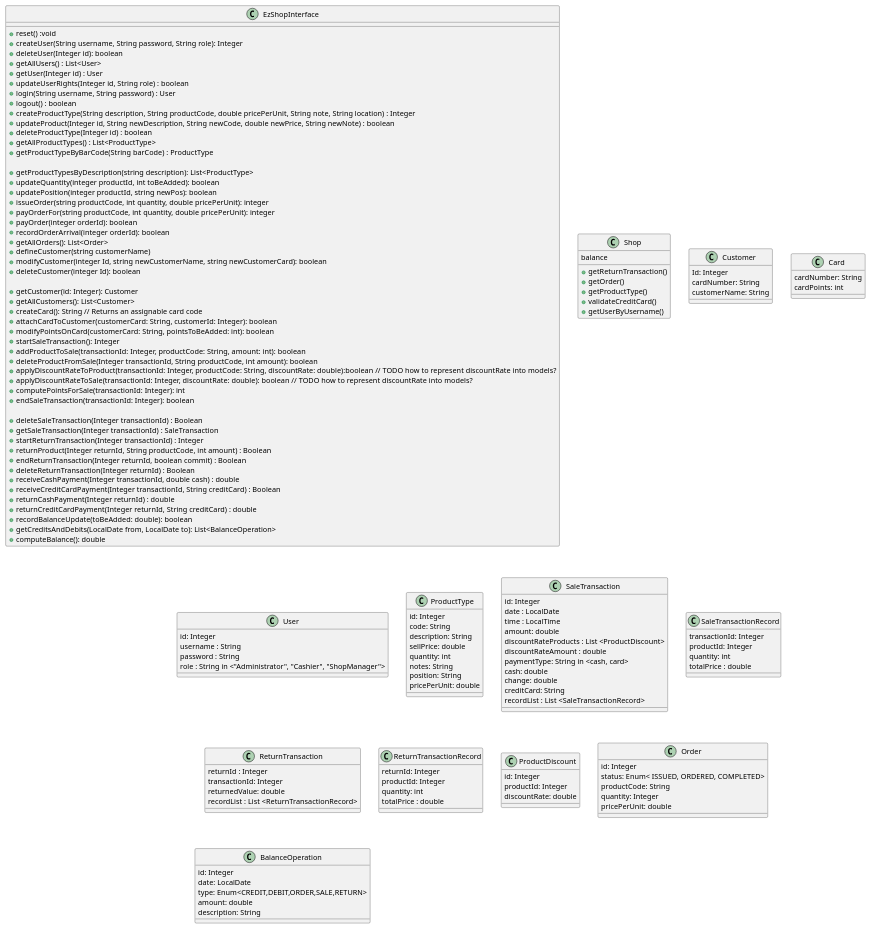
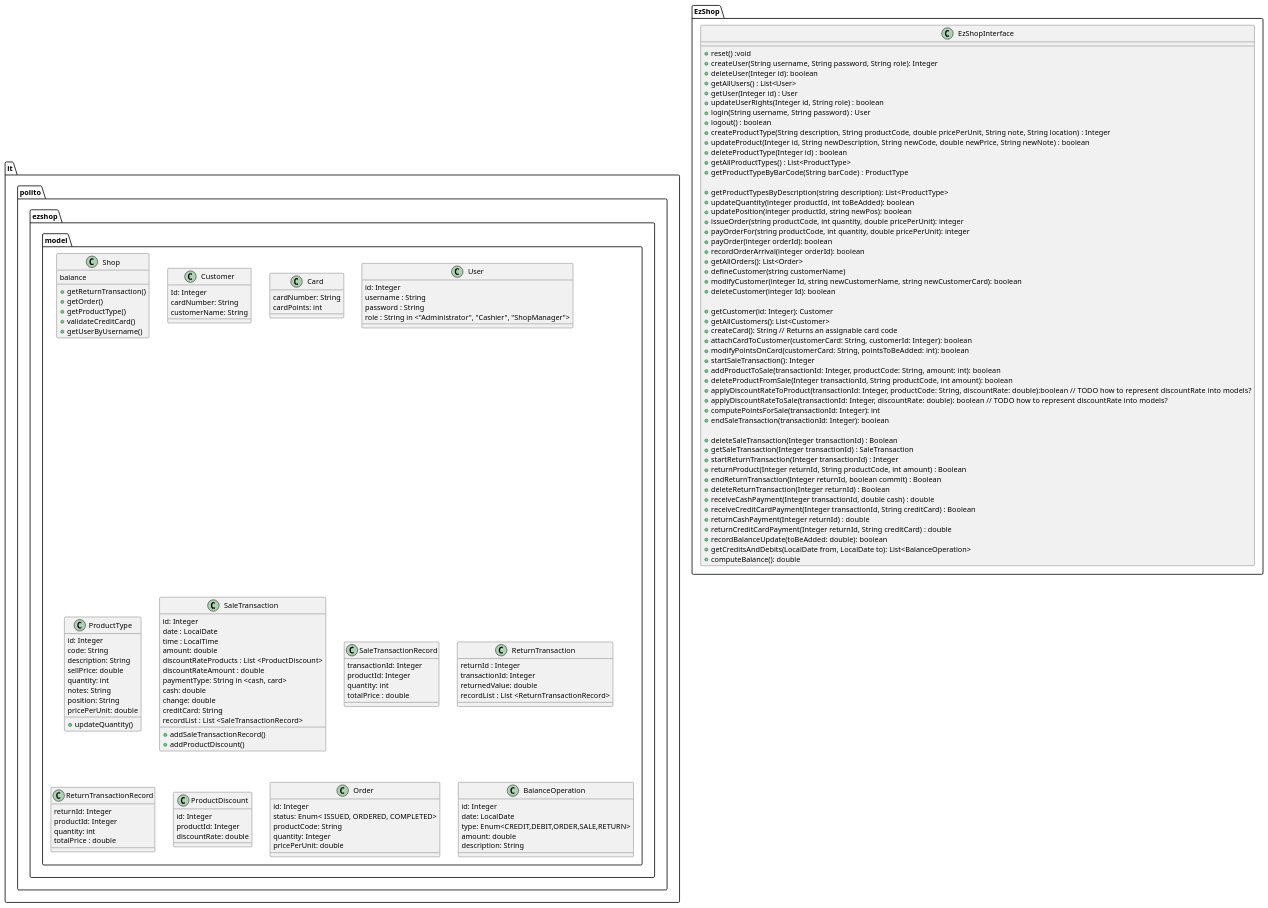
The second of 28 diagrams in Deliverables/DesignDocument.md (paocela/EzShop), drawn with PlantUML before and after one commit. The commit also changed other lines of this file, not shown here.

Commit message:
Update low level design

````diff
--- a/Deliverables/DesignDocument.md
+++ b/Deliverables/DesignDocument.md
@@ -78,6 +78,7 @@
 ```plantuml
 
-class EzShopInterface {
+package EzShop {
+    class EzShopInterface {
     + reset() :void
     + createUser(String username, String password, String role): Integer
     + deleteUser(Integer id): boolean
@@ -131,102 +132,111 @@
     + getCreditsAndDebits(LocalDate from, LocalDate to): List<BalanceOperation>
     + computeBalance(): double
 
+    }
 }
 
-class Shop {
-    balance
+package it.polito.ezshop.model {
+    class Shop {
+        balance
 
-    + getReturnTransaction()
-    + getOrder()
-    + getProductType()
-    + validateCreditCard()
-    + getUserByUsername()
+        + getReturnTransaction()
+        + getOrder()
+        + getProductType()
+        + validateCreditCard()
+        + getUserByUsername()
 
+    }
+
+    class Customer {
+        Id: Integer
+        cardNumber: String
+        customerName: String
+    }
+    class Card {
+        cardNumber: String
+        cardPoints: int
+
+    }
+    class User {
+        id: Integer
+        username : String   
+        password : String
+        role : String in <"Administrator", "Cashier", "ShopManager">
+
+    }
+    class ProductType {
+        id: Integer
+        code: String
+        description: String
+        sellPrice: double
+        quantity: int
+        notes: String
+        position: String
+        pricePerUnit: double
+        + updateQuantity()
+
+
+    }
+    class SaleTransaction {
+        id: Integer
+        date : LocalDate
+        time : LocalTime
+        amount: double
+        discountRateProducts : List <ProductDiscount>
+        discountRateAmount : double
+        paymentType: String in <cash, card>
+        cash: double
+        change: double
+        creditCard: String
+        recordList : List <SaleTransactionRecord>
+        + addSaleTransactionRecord()
+        + addProductDiscount()
+
+    }
+    class SaleTransactionRecord {
+        transactionId: Integer
+        productId: Integer
+        quantity: int
+        totalPrice : double
+
+    }
+    class ReturnTransaction {
+        returnId : Integer
+        transactionId: Integer
+        returnedValue: double
+        recordList : List <ReturnTransactionRecord>
+
+    }
+    class ReturnTransactionRecord {
+        returnId: Integer
+        productId: Integer
+        quantity: int
+        totalPrice : double
+
+    }
+    class ProductDiscount {
+        id: Integer
+        productId: Integer
+        discountRate: double
+
+    }
+    class Order {
+        id: Integer
+        status: Enum< ISSUED, ORDERED, COMPLETED>
+        productCode: String
+        quantity: Integer
+        pricePerUnit: double
+
+    }
+    class BalanceOperation {
+        id: Integer
+        date: LocalDate
+        type: Enum<CREDIT,DEBIT,ORDER,SALE,RETURN>
+        amount: double
+        description: String
+
+    }
 }
 
-class Customer {
-    Id: Integer
-    cardNumber: String
-    customerName: String
-}
-class Card {
-    cardNumber: String
-    cardPoints: int
 
-}
-class User {
-    id: Integer
-    username : String   
-    password : String
-    role : String in <"Administrator", "Cashier", "ShopManager">
-
-}
-class ProductType {
-    id: Integer
-    code: String
-    description: String
-    sellPrice: double
-    quantity: int
-    notes: String
-    position: String
-    pricePerUnit: double
-
-}
-class SaleTransaction {
-    id: Integer
-    date : LocalDate
-    time : LocalTime
-    amount: double
-    discountRateProducts : List <ProductDiscount>
-    discountRateAmount : double
-    paymentType: String in <cash, card>
-    cash: double
-    change: double
-    creditCard: String
-    recordList : List <SaleTransactionRecord>
-
-}
-class SaleTransactionRecord {
-    transactionId: Integer
-    productId: Integer
-    quantity: int
-    totalPrice : double
-
-}
-class ReturnTransaction {
-    returnId : Integer
-    transactionId: Integer
-    returnedValue: double
-    recordList : List <ReturnTransactionRecord>
-
-}
-class ReturnTransactionRecord {
-    returnId: Integer
-    productId: Integer
-    quantity: int
-    totalPrice : double
-
-}
-class ProductDiscount {
-    id: Integer
-    productId: Integer
-    discountRate: double
-
-}
-class Order {
-    id: Integer
-    status: Enum< ISSUED, ORDERED, COMPLETED>
-    productCode: String
-    quantity: Integer
-    pricePerUnit: double
-
-}
-class BalanceOperation {
-    id: Integer
-    date: LocalDate
-    type: Enum<CREDIT,DEBIT,ORDER,SALE,RETURN>
-    amount: double
-    description: String
-
-}
 ```
````
